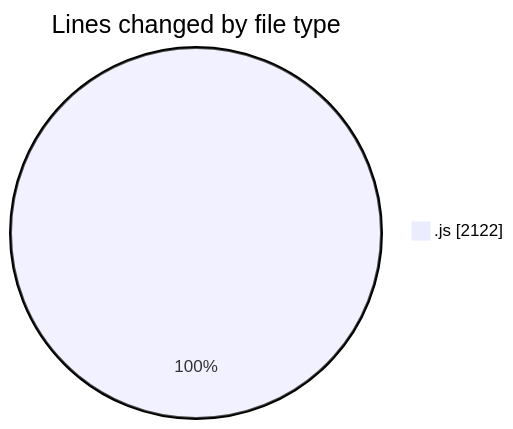
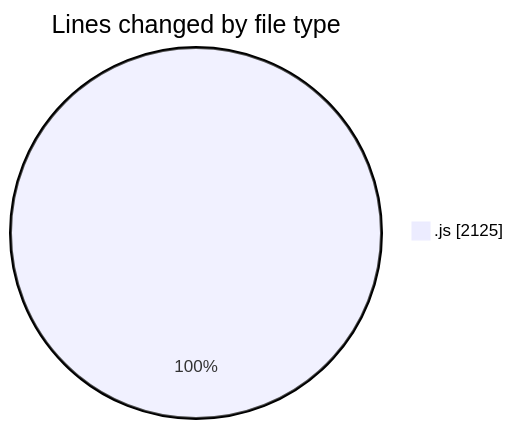
Before and after one commit to BS-eng2023/code-tracking: the first of 2 diagrams in 2025-04-03/jsvms/README.md, drawn with Mermaid. The commit also changed other lines of this file and 1 other file, not shown here.

````diff
--- a/2025-04-03/jsvms/README.md
+++ b/2025-04-03/jsvms/README.md
@@ -32,5 +32,5 @@
 ```mermaid
 pie showData
 title Lines changed by file type
-".js" : 2122
+".js" : 2125
 ```
````
